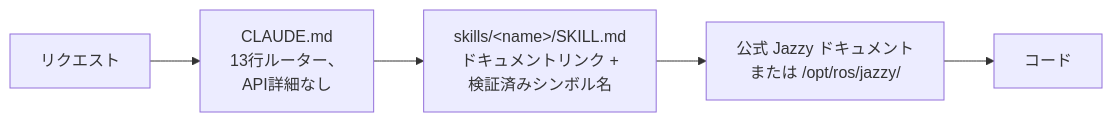
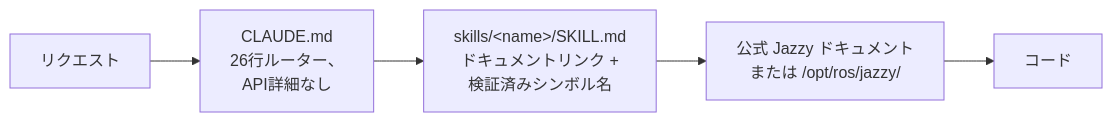
One commit to Leehyunbin0131/claude-ros2-skills changed the diagram in README.ja.md. Above: the diagram before and after it, drawn with Mermaid. The commit also changed other lines of this file and 11 other files, not shown here.

````diff
--- a/README.ja.md
+++ b/README.ja.md
@@ -145,7 +145,7 @@
 ```mermaid
 flowchart LR
-    A["リクエスト"] --> B["CLAUDE.md<br/>13行ルーター、<br/>API詳細なし"]
+    A["リクエスト"] --> B["CLAUDE.md<br/>26行ルーター、<br/>API詳細なし"]
     B --> C["skills/&lt;name&gt;/SKILL.md<br/>ドキュメントリンク +<br/>検証済みシンボル名"]
     C --> D["公式 Jazzy ドキュメント<br/>または /opt/ros/jazzy/"]
     D --> E["コード"]
 ```
````
